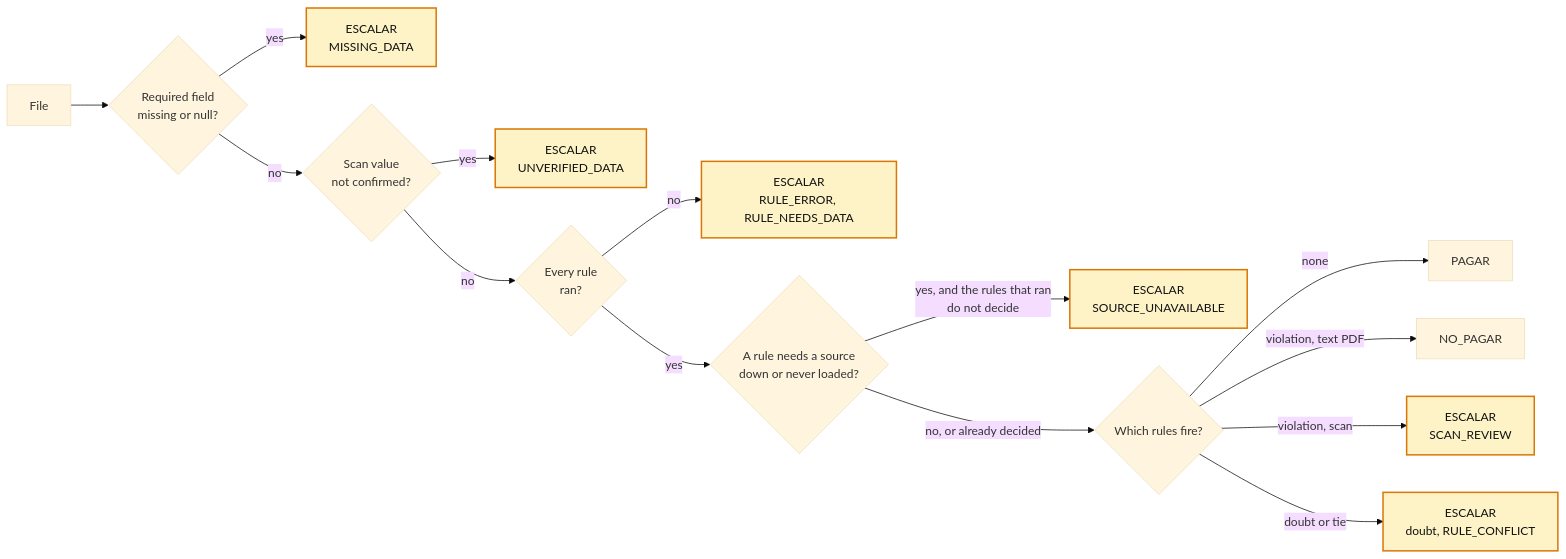
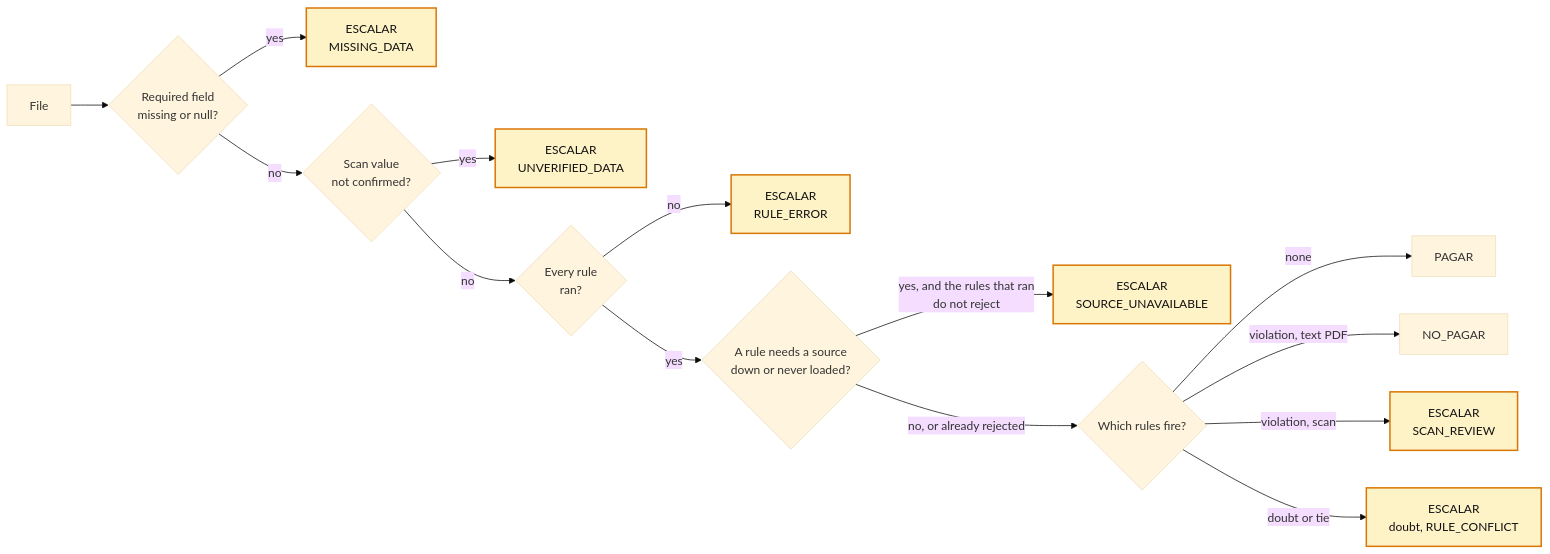
Before and after one commit to Martinhdeez/trace-it: the diagram in docs/adr/B-when-in-doubt-escalate.md, drawn with Mermaid (base theme). The commit also changed other lines of this file and 41 other files, not shown here.

````diff
--- a/docs/adr/B-when-in-doubt-escalate.md
+++ b/docs/adr/B-when-in-doubt-escalate.md
@@ -36,18 +62,18 @@
 ```mermaid
 flowchart LR
   F["File"] --> M{"Required field<br/>missing or null?"}
   M -- yes --> E1["ESCALAR<br/>MISSING_DATA"]
   M -- no --> U{"Scan value<br/>not confirmed?"}
   U -- yes --> E2["ESCALAR<br/>UNVERIFIED_DATA"]
   U -- no --> R{"Every rule<br/>ran?"}
-  R -- no --> E3["ESCALAR<br/>RULE_ERROR, RULE_NEEDS_DATA"]
+  R -- no --> E3["ESCALAR<br/>RULE_ERROR"]
   R -- yes --> SRC{"A rule needs a source<br/>down or never loaded?"}
-  SRC -- "yes, and the rules that ran<br/>do not decide" --> E6["ESCALAR<br/>SOURCE_UNAVAILABLE"]
-  SRC -- "no, or already decided" --> V{"Which rules fire?"}
+  SRC -- "yes, and the rules that ran<br/>do not reject" --> E6["ESCALAR<br/>SOURCE_UNAVAILABLE"]
+  SRC -- "no, or already rejected" --> V{"Which rules fire?"}
   V -- none --> P["PAGAR"]
   V -- "violation, text PDF" --> NP["NO_PAGAR"]
   V -- "violation, scan" --> E4["ESCALAR<br/>SCAN_REVIEW"]
   V -- "doubt or tie" --> E5["ESCALAR<br/>doubt, RULE_CONFLICT"]
   classDef kb fill:#fef3c7,stroke:#d97706,stroke-width:2px,color:#111
   class E1,E2,E3,E4,E5,E6 kb
 ```
````
